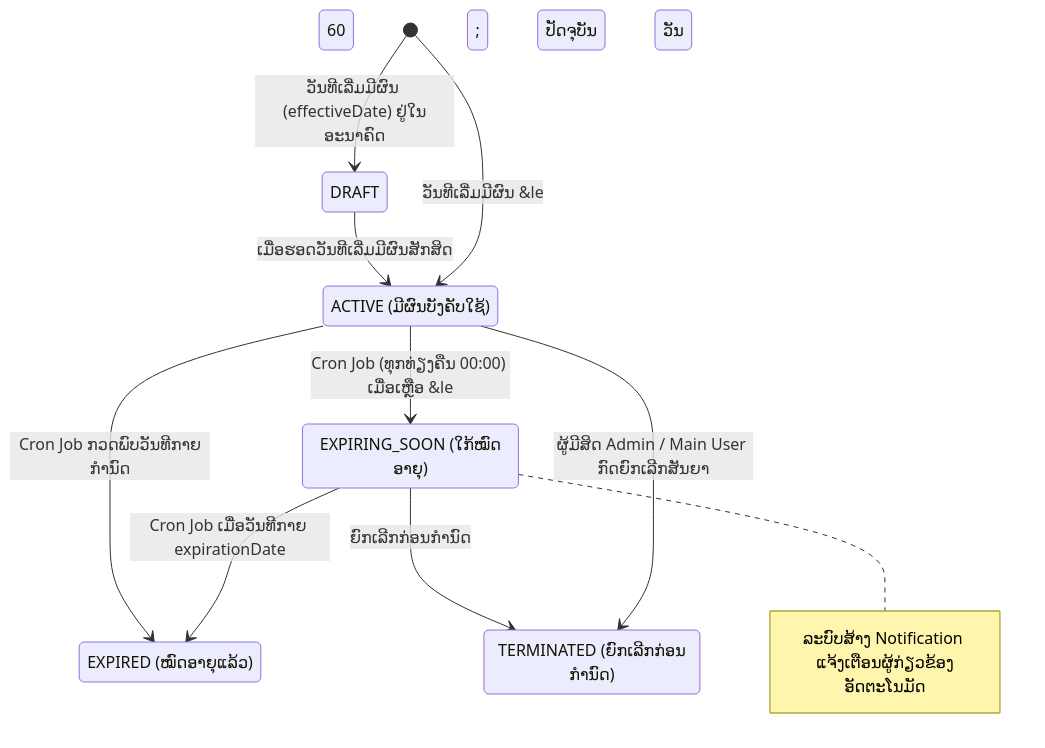
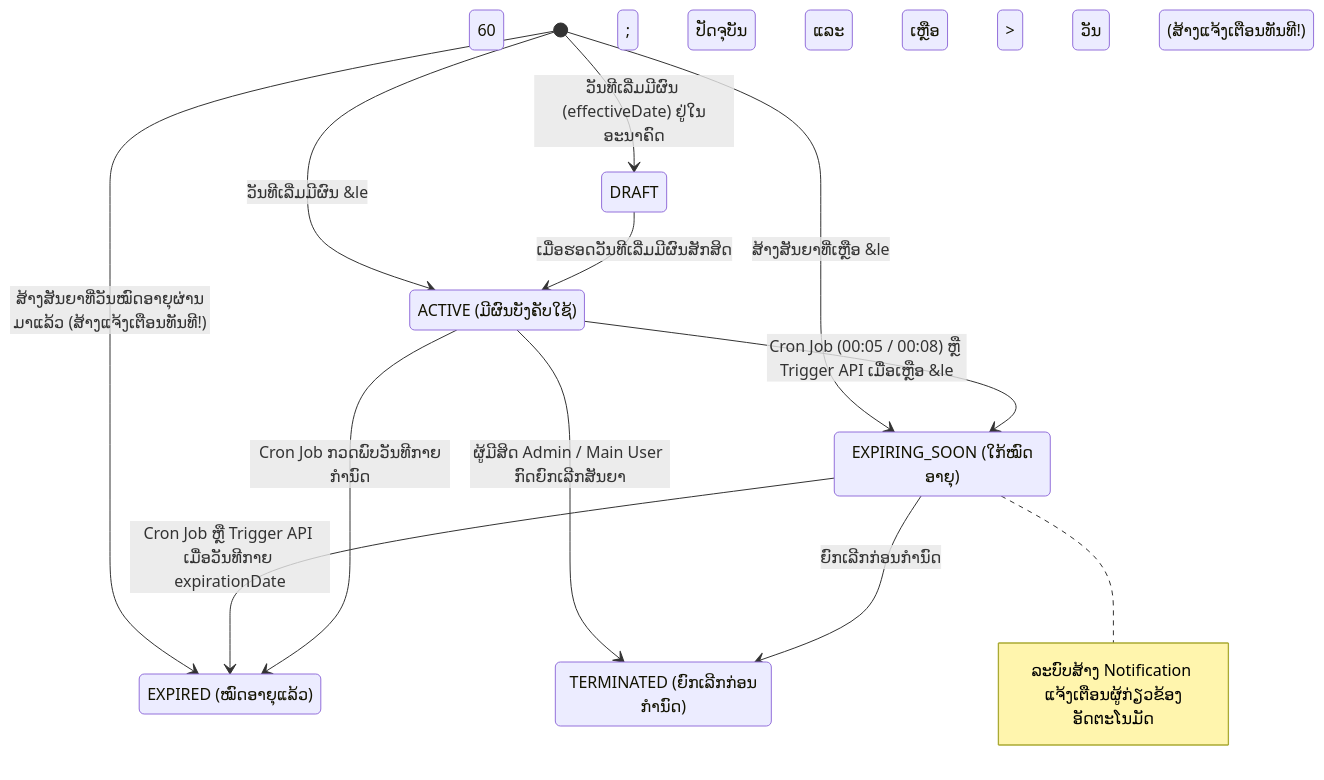
Before and after one commit to SamMie341/legal-contract-backend: the fourth of 8 diagrams in SYSTEM_FLOW_AND_MODULES.md, drawn with Mermaid. The commit also changed other lines of this file and 5 other files, not shown here.

Commit message:
docs: update FRONTEND_API_SUMMARY, SYSTEM_FLOW_AND_MODULES, and postman collection with latest endpoints and fresh profile schema

````diff
--- a/SYSTEM_FLOW_AND_MODULES.md
+++ b/SYSTEM_FLOW_AND_MODULES.md
@@ -217,22 +218,25 @@
 ```mermaid
 stateDiagram-v2
     [*] --> DRAFT: ວັນທີເລີ່ມມີຜົນ (effectiveDate) ຢູ່ໃນອະນາຄົດ
-    [*] --> ACTIVE: ວັນທີເລີ່ມມີຜົນ &le; ປັດຈຸບັນ
+    [*] --> ACTIVE: ວັນທີເລີ່ມມີຜົນ &le; ປັດຈຸບັນ ແລະ ເຫຼືອ > 60 ວັນ
+    [*] --> EXPIRING_SOON: ສ້າງສັນຍາທີ່ເຫຼືອ &le; 60 ວັນ (ສ້າງແຈ້ງເຕືອນທັນທີ!)
+    [*] --> EXPIRED: ສ້າງສັນຍາທີ່ວັນໝົດອາຍຸຜ່ານມາແລ້ວ (ສ້າງແຈ້ງເຕືອນທັນທີ!)
+
     DRAFT --> ACTIVE: ເມື່ອຮອດວັນທີເລີ່ມມີຜົນສັກສິດ
 
     state "ACTIVE (ມີຜົນບັງຄັບໃຊ້)" as ACTIVE
     state "EXPIRING_SOON (ໃກ້ໝົດອາຍຸ)" as EXPIRING_SOON
     state "EXPIRED (ໝົດອາຍຸແລ້ວ)" as EXPIRED
     state "TERMINATED (ຍົກເລີກກ່ອນກຳນົດ)" as TERMINATED
 
-    ACTIVE --> EXPIRING_SOON: Cron Job (ທຸກທ່ຽງຄືນ 00:00) ເມື່ອເຫຼືອ &le; 60 ວັນ
-    EXPIRING_SOON --> EXPIRED: Cron Job ເມື່ອວັນທີກາຍ expirationDate
+    ACTIVE --> EXPIRING_SOON: Cron Job (00:05 / 00:08) ຫຼື Trigger API ເມື່ອເຫຼືອ &le; 60 ວັນ
+    EXPIRING_SOON --> EXPIRED: Cron Job ຫຼື Trigger API ເມື່ອວັນທີກາຍ expirationDate
     ACTIVE --> EXPIRED: Cron Job ກວດພົບວັນທີກາຍກຳນົດ
     ACTIVE --> TERMINATED: ຜູ້ມີສິດ Admin / Main User ກົດຍົກເລີກສັນຍາ
     EXPIRING_SOON --> TERMINATED: ຍົກເລີກກ່ອນກຳນົດ
 
     note right of EXPIRING_SOON
         ລະບົບສ້າງ Notification 
         ແຈ້ງເຕືອນຜູ້ກ່ຽວຂ້ອງອັດຕະໂນມັດ
     end note
 ```
````
